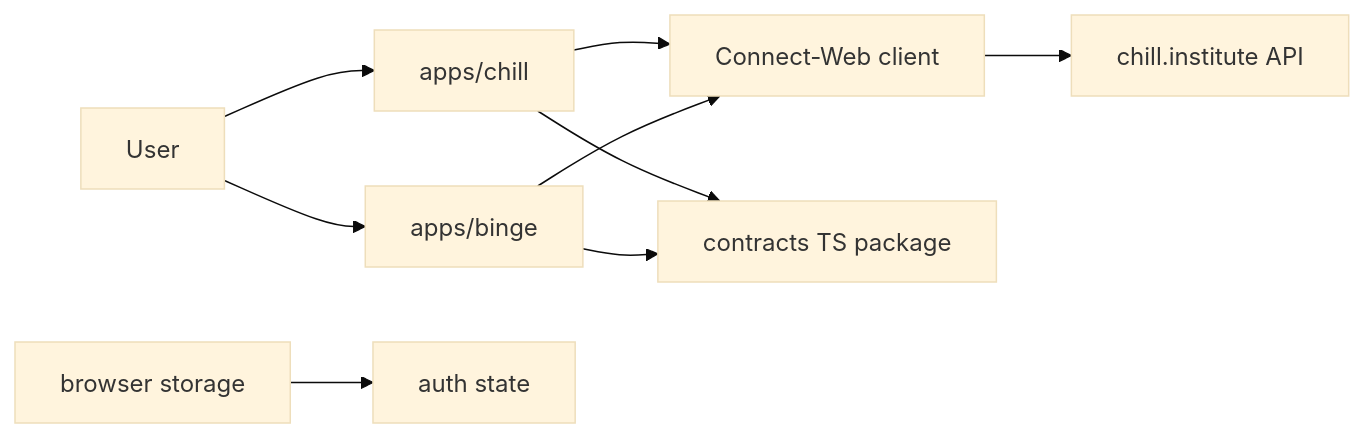
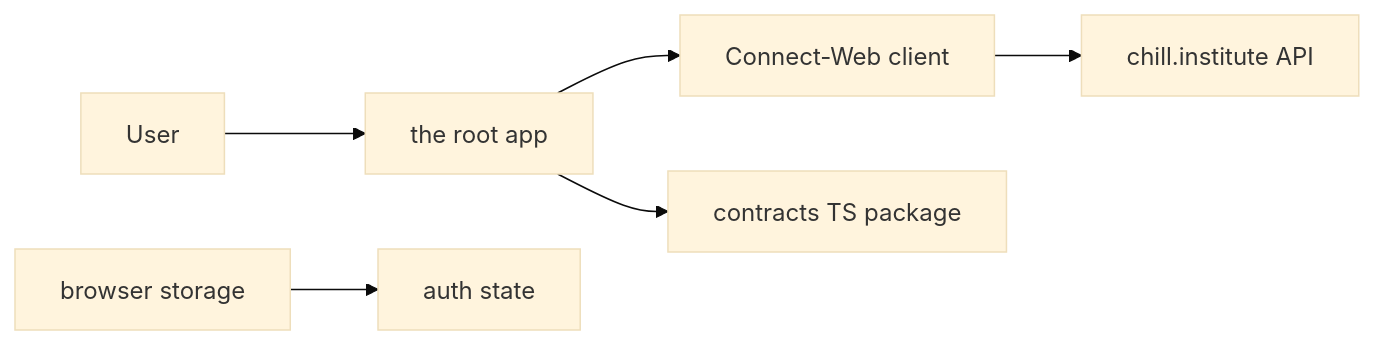
Before and after one commit to chill-institute/chill-web: the first of 2 diagrams in docs/ARCHITECTURE.md, drawn with Mermaid (base theme). The commit also changed other lines of this file and 430 other files, not shown here.

First line of the commit message:
feat: merge web into chill-only app (#57)

````diff
--- a/docs/ARCHITECTURE.md
+++ b/docs/ARCHITECTURE.md
@@ -7,11 +7,8 @@
 ```mermaid
 graph LR
-  User --> Chill["apps/chill"]
-  User --> Binge["apps/binge"]
-  Chill --> API["Connect-Web client"]
-  Binge --> API
+  User --> Web["the root app"]
+  Web --> API["Connect-Web client"]
   API --> InstituteAPI["chill.institute API"]
-  Chill --> Contracts["contracts TS package"]
-  Binge --> Contracts
+  Web --> Contracts["contracts TS package"]
   Browser["browser storage"] --> Auth["auth state"]
 ```
````
